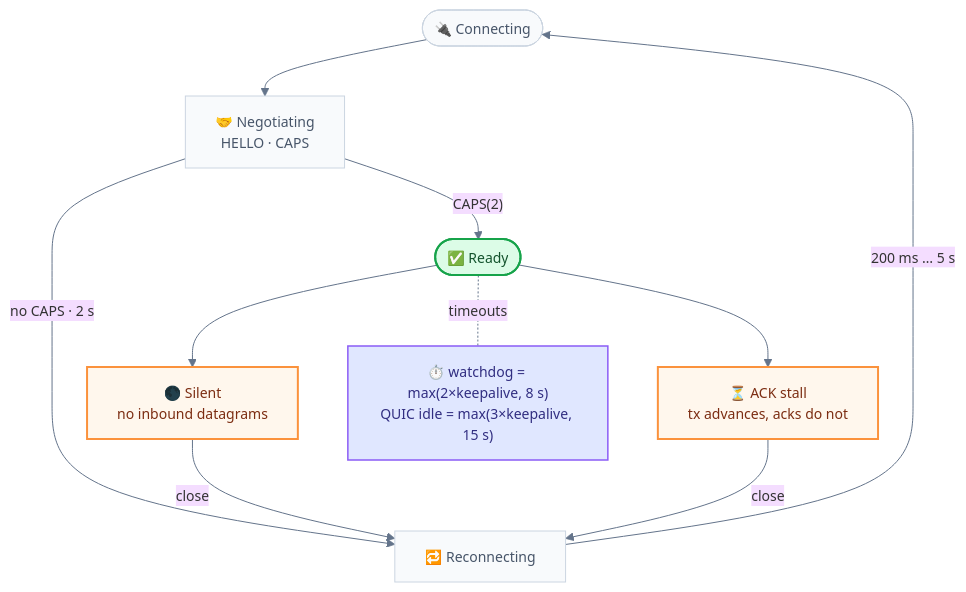
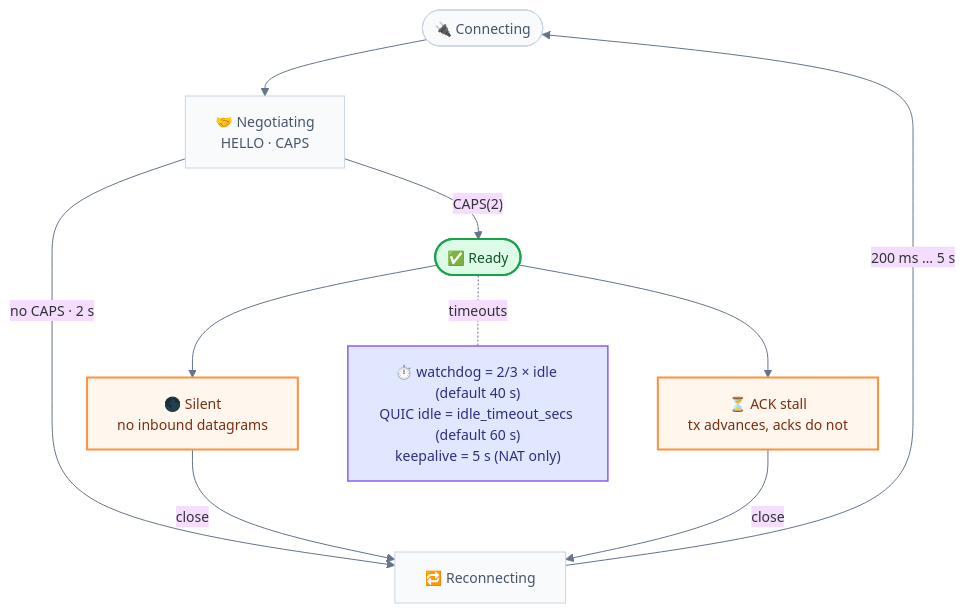
Diagram 15 of 31 in README.md (Terutoki/MyQUIC2), drawn with Mermaid before and after one commit. The commit also changed other lines of this file and 15 other files, not shown here.

````diff
--- a/README.md
+++ b/README.md
@@ -1458,26 +1458,26 @@
 ```mermaid
 %%{init: {"theme":"base","themeVariables":{"fontSize":"14px","lineColor":"#64748b"}}}%%
 flowchart TB
 CONNECT(["🔌 Connecting"]) --> NEG["🤝 Negotiating<br/>HELLO · CAPS"]
     NEG -->|"CAPS(2)"| READY(["✅ Ready"])
     NEG -->|"no CAPS · 2 s"| REDIAL["🔁 Reconnecting"]
     READY --> SILENT["🌑 Silent<br/>no inbound datagrams"]
     READY --> ACKSTALL["⏳ ACK stall<br/>tx advances, acks do not"]
     SILENT -->|"close"| REDIAL
     ACKSTALL -->|"close"| REDIAL
     REDIAL -->|"200 ms … 5 s"| CONNECT
-    READY -.-|"timeouts"| CLOCK["⏱️ watchdog = max(2×keepalive, 8 s)<br/>QUIC idle = max(3×keepalive, 15 s)"]
+    READY -.-|"timeouts"| CLOCK["⏱️ watchdog = 2/3 × idle (default 40 s)<br/>QUIC idle = idle_timeout_secs (default 60 s)<br/>keepalive = 5 s (NAT only)"]
     class CONNECT,NEG,REDIAL muteC
     class READY clientC
     class SILENT,ACKSTALL warmC
     class CLOCK noteC
 
     classDef clientC fill:#dcfce7,stroke:#16a34a,stroke-width:2px,color:#14532d
     classDef coreC fill:#eef2ff,stroke:#4f46e5,stroke-width:2px,color:#1e1b4b
     classDef wireC fill:#ecfeff,stroke:#0891b2,stroke-width:2px,color:#164e63
     classDef warmC fill:#fff7ed,stroke:#fb923c,stroke-width:2px,color:#7c2d12
     classDef dangerC fill:#fff1f2,stroke:#e11d48,stroke-width:2px,color:#881337
     classDef muteC fill:#f8fafc,stroke:#cbd5e1,color:#475569
     classDef noteC fill:#e0e7ff,stroke:#8b5cf6,stroke-width:1.5px,color:#312e81
     classDef decisionC fill:#fef9c3,stroke:#eab308,stroke-width:2px,color:#713f12
 ```
````
